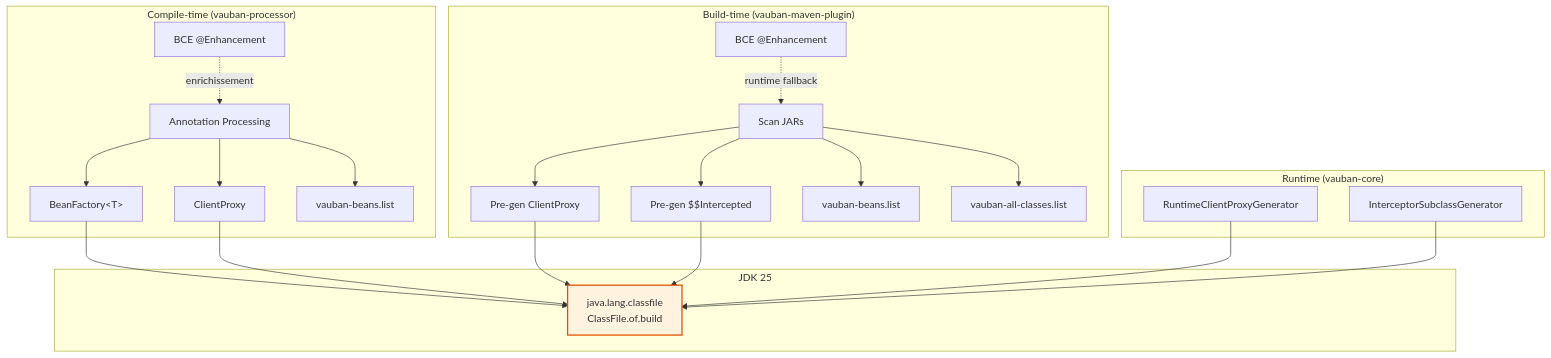
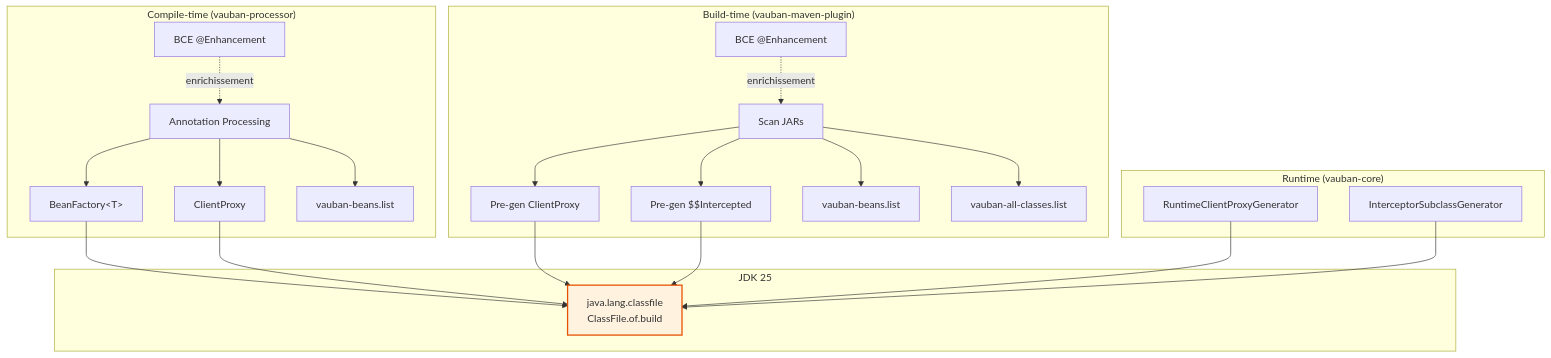
Before and after one commit to vidocq-stack/vauban: diagram 12 of 12 in docs/architecture.md, drawn with Mermaid. The commit also changed other lines of this file, not shown here.

First line of the commit message:
docs: fix mermaid parse error, detail BCE compile-time architecture

````diff
--- a/docs/architecture.md
+++ b/docs/architecture.md
@@ -429,35 +469,35 @@
 ```mermaid
 flowchart TD
     subgraph "Compile-time (vauban-processor)"
         APT[Annotation Processing] --> EF[BeanFactory&lt;T&gt;]
         APT --> CP[ClientProxy]
         APT --> LIST_APT[vauban-beans.list]
         BCE_APT[BCE @Enhancement] -.->|enrichissement| APT
     end
 
     subgraph "Build-time (vauban-maven-plugin)"
         SCAN[Scan JARs] --> PRE_CP[Pre-gen ClientProxy]
         SCAN --> PRE_INT[Pre-gen $$Intercepted]
         SCAN --> LIST[vauban-beans.list]
         SCAN --> ALL[vauban-all-classes.list]
-        BCE_RT[BCE @Enhancement] -.->|runtime fallback| SCAN
+        BCE_MV[BCE @Enhancement] -.->|enrichissement| SCAN
     end
 
     subgraph "Runtime (vauban-core)"
         RT_CP[RuntimeClientProxyGenerator]
         RT_INT[InterceptorSubclassGenerator]
     end
 
     subgraph "JDK 25"
         CF[java.lang.classfile<br/>ClassFile.of.build]
     end
 
     EF --> CF
     CP --> CF
     PRE_CP --> CF
     PRE_INT --> CF
     RT_CP --> CF
     RT_INT --> CF
 
     style CF fill:#fff3e0,stroke:#e65100,stroke-width:2px
 ```
````
